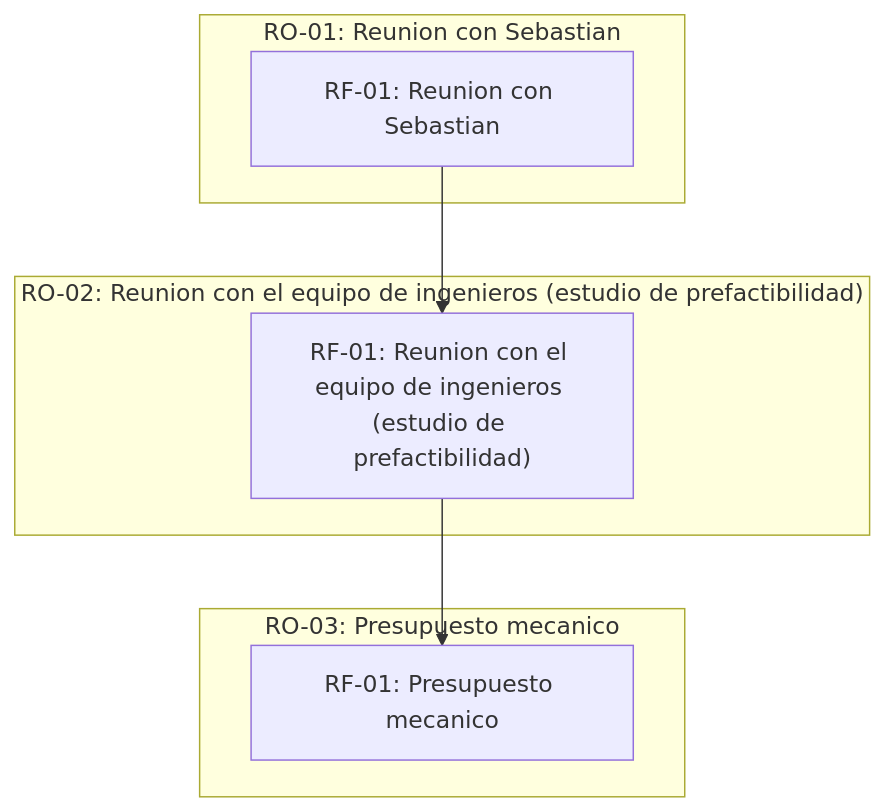
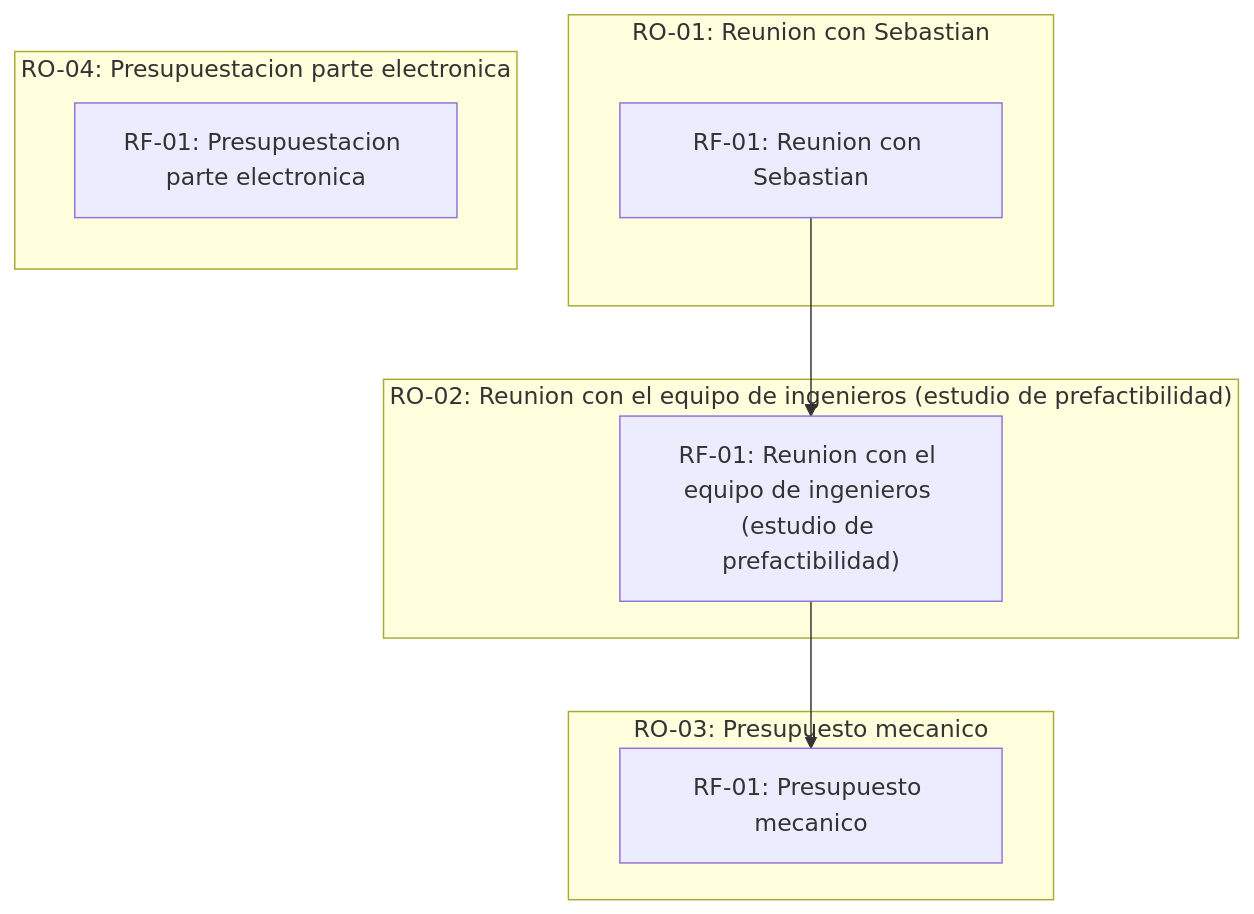
The diagram in scrumDocs/grafo.md (fiemcasals/ProyectoVAD), drawn with Mermaid before and after one commit. The commit also changed other lines of this file, not shown here.

Commit message:
Auto-publish: actualiza scrumDocs/grafo.md

````diff
--- a/scrumDocs/grafo.md
+++ b/scrumDocs/grafo.md
@@ -5,14 +5,17 @@
 ```mermaid
 graph TD
   subgraph US_1789213601492["RO-01: Reunion con Sebastian"]
     REQ_1789213601498["RF-01: Reunion con Sebastian"]
   end
   subgraph US_1789213867397["RO-02: Reunion con el equipo de ingenieros (estudio de prefactibilidad)"]
     REQ_1789213867404["RF-01: Reunion con el equipo de ingenieros (estudio de prefactibilidad)"]
   end
   subgraph US_1789214807204["RO-03: Presupuesto mecanico"]
     REQ_1789214807210["RF-01: Presupuesto mecanico"]
   end
+  subgraph US_1789228644037["RO-04: Presupuestacion parte electronica"]
+    REQ_1789228644049["RF-01: Presupuestacion parte electronica"]
+  end
   REQ_1789213601498 --> REQ_1789213867404
   REQ_1789213867404 --> REQ_1789214807210
 ```
````
